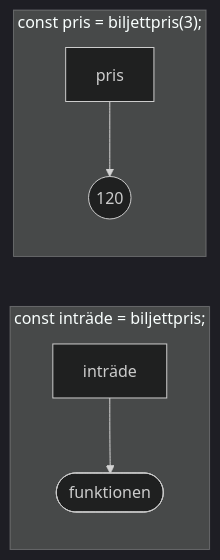
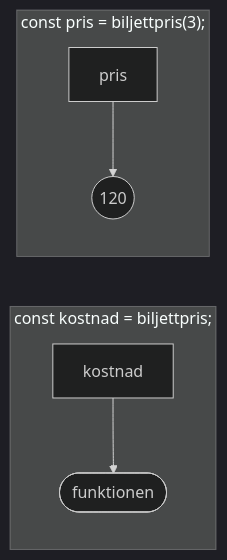
One commit to niklaspandersson/wt-book changed the third of 3 diagrams in manuscript/kap05-egna-funktioner.qmd. Above: the diagram before and after it, drawn with Mermaid (dark theme). The commit also changed other lines of this file and 25 other files, not shown here.

````diff
--- a/manuscript/kap05-egna-funktioner.qmd
+++ b/manuscript/kap05-egna-funktioner.qmd
@@ -385,12 +385,12 @@
 ```{mermaid}
-%%| fig-alt: "Två jämförda rader. Till vänster: const inträde = biljettpris, utan parenteser – namnet inträde pekar på funktionen. Till höger: const pris = biljettpris(3), med parenteser – funktionen körs och namnet pris pekar på talet 120."
+%%| fig-alt: "Två jämförda rader. Till vänster: const kostnad = biljettpris, utan parenteser – namnet kostnad pekar på funktionen. Till höger: const pris = biljettpris(3), med parenteser – funktionen körs och namnet pris pekar på talet 120."
 flowchart LR
-    subgraph U["const inträde = biljettpris;"]
+    subgraph U["const kostnad = biljettpris;"]
         direction TB
-        I[inträde] --> F(["funktionen"])
+        I[kostnad] --> F(["funktionen"])
     end
     subgraph M["const pris = biljettpris(3);"]
         direction TB
         P[pris] --> V((120))
     end
 ```
````
